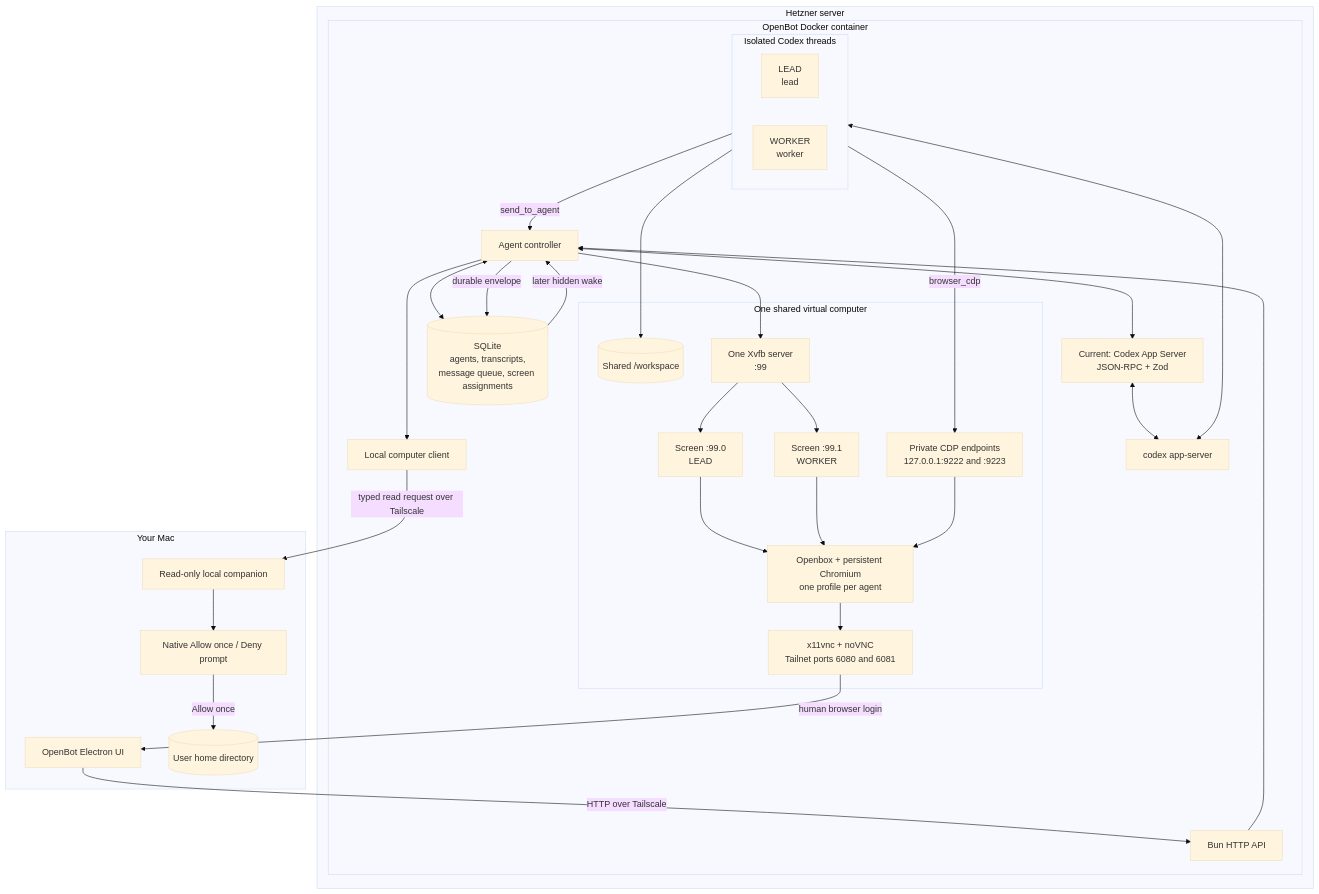
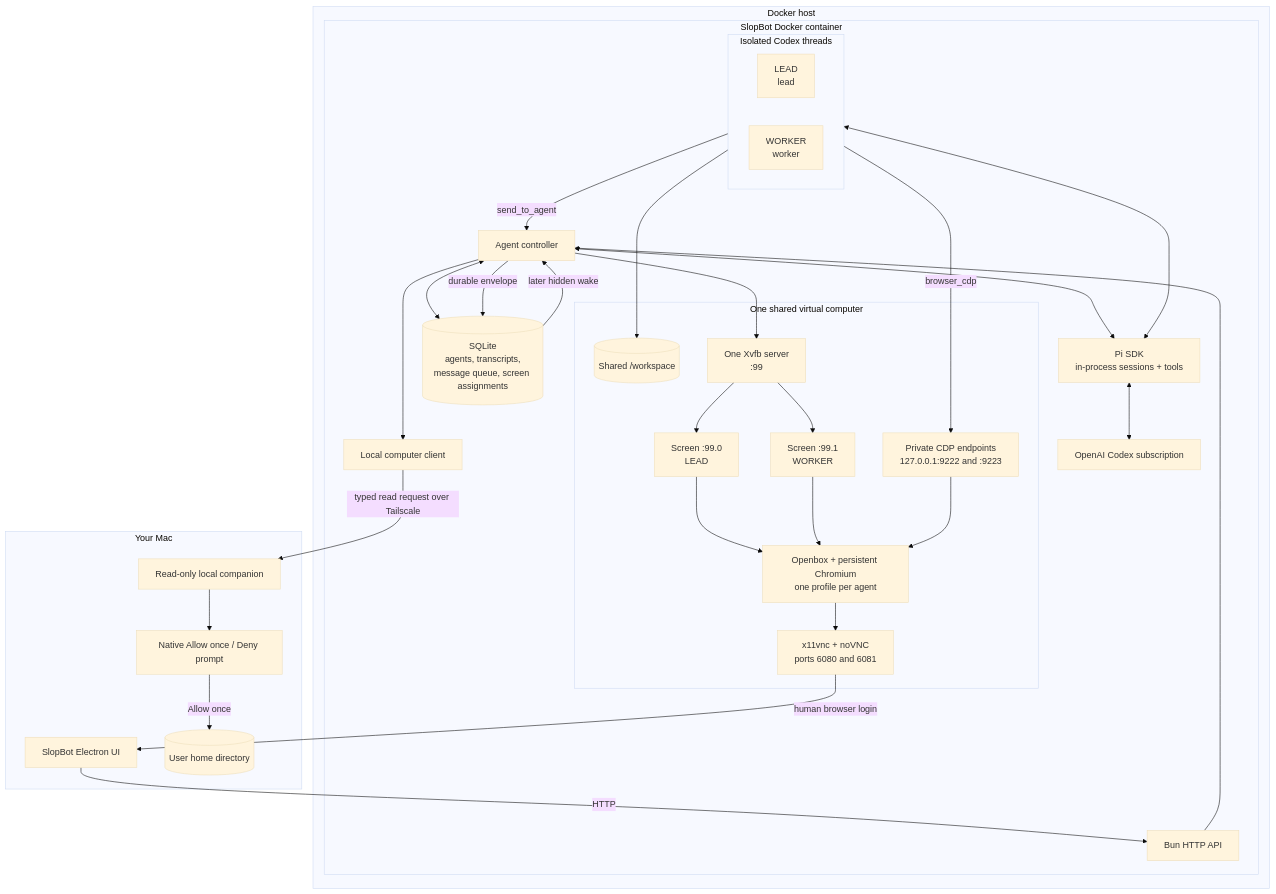
The diagram in ARCHITECTURE.md (simonbalfe/slopbot), drawn with Mermaid (base theme) before and after one commit. The commit also changed other lines of this file and 36 other files, not shown here.

Commit message:
Refactor SlopBot into Pi monorepo

````diff
--- a/ARCHITECTURE.md
+++ b/ARCHITECTURE.md
@@ -3,59 +3,59 @@
 ```mermaid
 flowchart TB
   subgraph Mac["Your Mac"]
-    Electron["OpenBot Electron UI"]
+    Electron["SlopBot Electron UI"]
     Companion["Read-only local companion"]
     Approval["Native Allow once / Deny prompt"]
     Home[("User home directory")]
   end
 
-  subgraph Hetzner["Hetzner server"]
-    subgraph Docker["OpenBot Docker container"]
+  subgraph Host["Docker host"]
+    subgraph Docker["SlopBot Docker container"]
       API["Bun HTTP API"]
       Controller["Agent controller"]
       LocalClient["Local computer client"]
       Store[("SQLite<br/>agents, transcripts,<br/>message queue, screen assignments")]
-      Runtime["Current: Codex App Server<br/>JSON-RPC + Zod"]
-      Codex["codex app-server"]
+      Runtime["Pi SDK<br/>in-process sessions + tools"]
+      Codex["OpenAI Codex subscription"]
 
       subgraph Agents["Isolated Codex threads"]
         Lead["LEAD<br/>lead"]
         Worker["WORKER<br/>worker"]
       end
 
       subgraph Computer["One shared virtual computer"]
         Workspace[("Shared /workspace")]
         Xvfb["One Xvfb server<br/>:99"]
         S0["Screen :99.0<br/>LEAD"]
         S1["Screen :99.1<br/>WORKER"]
         Browsers["Openbox + persistent Chromium<br/>one profile per agent"]
         CDP["Private CDP endpoints<br/>127.0.0.1:9222 and :9223"]
-        VNC["x11vnc + noVNC<br/>Tailnet ports 6080 and 6081"]
+        VNC["x11vnc + noVNC<br/>ports 6080 and 6081"]
       end
     end
   end
 
-  Electron -->|"HTTP over Tailscale"| API
+  Electron -->|"HTTP"| API
   Controller --> LocalClient
   LocalClient -->|"typed read request over Tailscale"| Companion
   Companion --> Approval
   Approval -->|"Allow once"| Home
   API --> Controller
   Controller <--> Store
   Controller <--> Runtime
   Runtime <--> Codex
-  Codex <--> Agents
+  Runtime <--> Agents
 
   Agents -->|"send_to_agent"| Controller
   Controller -->|"durable envelope"| Store
   Store -->|"later hidden wake"| Controller
 
   Agents --> Workspace
   Controller --> Xvfb
   Xvfb --> S0 & S1
   S0 & S1 --> Browsers
   Agents -->|"browser_cdp"| CDP
   CDP --> Browsers
   Browsers --> VNC
   VNC -->|"human browser login"| Electron
 ```
````
